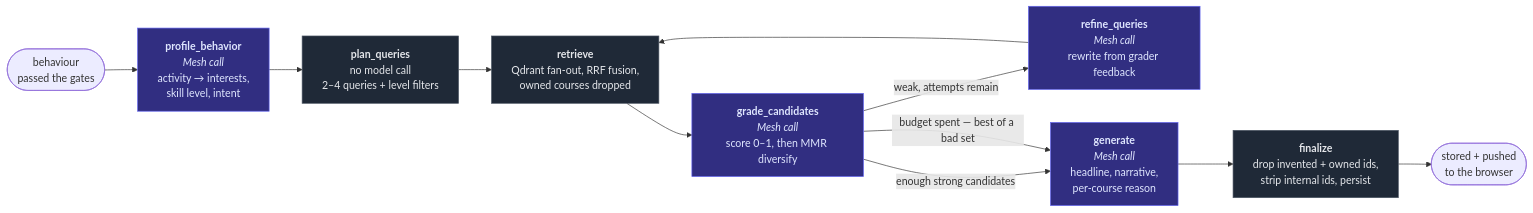
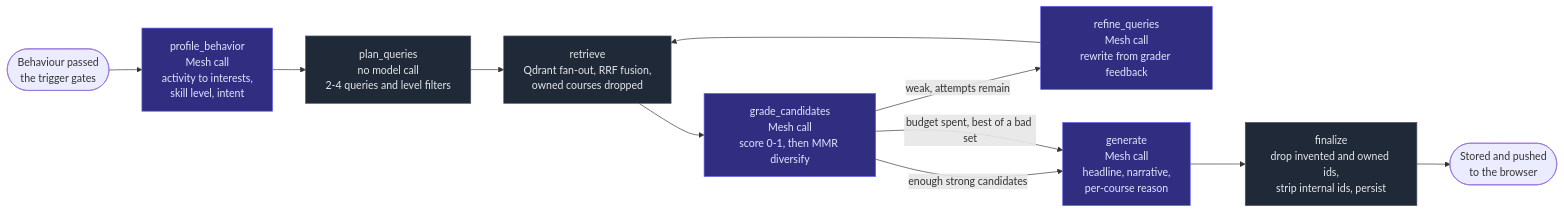
Before and after one commit to ekBlaise/smartreco_AI_agent: the second of 3 diagrams in README.md, drawn with Mermaid. The commit also changed other lines of this file, not shown here.

Commit message:
fixed rendering issues with mermaid on README

````diff
--- a/README.md
+++ b/README.md
@@ -297,25 +297,28 @@
 ```mermaid
 flowchart LR
-    START(["behaviour<br/>passed the gates"]) --> PB
+    START(["Behaviour passed<br/>the trigger gates"]) --> PB
 
-    PB["<b>profile_behavior</b><br/><i>Mesh call</i><br/>activity → interests,<br/>skill level, intent"]
-    PQ["<b>plan_queries</b><br/>no model call<br/>2–4 queries + level filters"]
-    RT["<b>retrieve</b><br/>Qdrant fan-out, RRF fusion,<br/>owned courses dropped"]
-    GC["<b>grade_candidates</b><br/><i>Mesh call</i><br/>score 0–1, then MMR diversify"]
-    RF["<b>refine_queries</b><br/><i>Mesh call</i><br/>rewrite from grader feedback"]
-    GN["<b>generate</b><br/><i>Mesh call</i><br/>headline, narrative,<br/>per-course reason"]
-    FN["<b>finalize</b><br/>drop invented + owned ids,<br/>strip internal ids, persist"]
-    DONE(["stored + pushed<br/>to the browser"])
+    PB["profile_behavior<br/>Mesh call<br/>activity to interests,<br/>skill level, intent"]
+    PQ["plan_queries<br/>no model call<br/>2-4 queries and level filters"]
+    RT["retrieve<br/>Qdrant fan-out, RRF fusion,<br/>owned courses dropped"]
+    GC["grade_candidates<br/>Mesh call<br/>score 0-1, then MMR diversify"]
+    RF["refine_queries<br/>Mesh call<br/>rewrite from grader feedback"]
+    GN["generate<br/>Mesh call<br/>headline, narrative,<br/>per-course reason"]
+    FN["finalize<br/>drop invented and owned ids,<br/>strip internal ids, persist"]
+    DONE(["Stored and pushed<br/>to the browser"])
 
-    PB --> PQ --> RT --> GC
+    PB --> PQ
+    PQ --> RT
+    RT --> GC
     GC -->|"enough strong candidates"| GN
     GC -->|"weak, attempts remain"| RF
-    GC -->|"budget spent — best of a bad set"| GN
+    GC -->|"budget spent, best of a bad set"| GN
     RF --> RT
-    GN --> FN --> DONE
+    GN --> FN
+    FN --> DONE
 
     classDef llm fill:#312e81,stroke:#6366f1,color:#e0e7ff
     classDef plain fill:#1f2937,stroke:#4b5563,color:#e5e7eb
     class PB,GC,RF,GN llm
     class PQ,RT,FN plain
 ```
````
